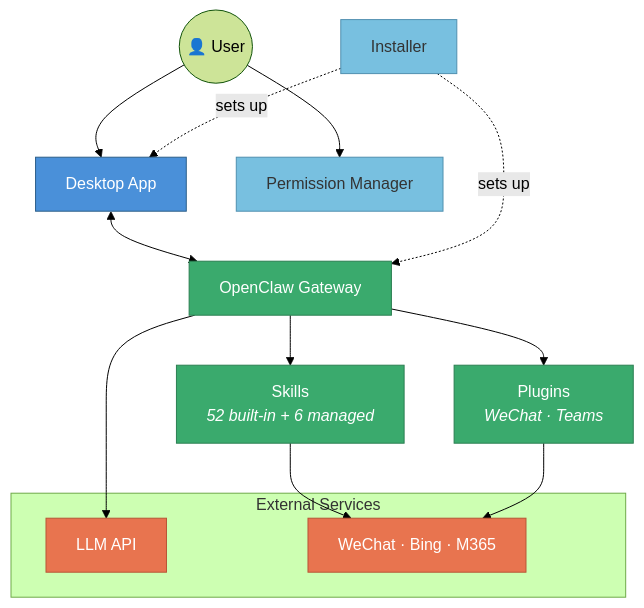
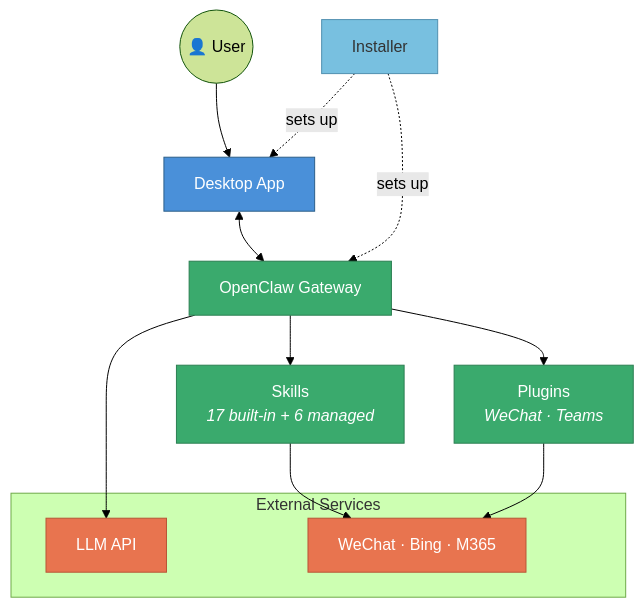
The diagram in README.md (microsofthackathons/MicroClaw), drawn with Mermaid (forest theme) before and after one commit. The commit also changed other lines of this file and 1 other file, not shown here.

````diff
--- a/README.md
+++ b/README.md
@@ -43,37 +43,35 @@
 ```mermaid
 graph TB
     User(("👤 User"))
 
     Desktop["Desktop App"]
     Gateway["OpenClaw Gateway"]
-    Skills["Skills<br/><i>52 built-in + 6 managed</i>"]
+    Skills["Skills<br/><i>17 built-in + 6 managed</i>"]
     Plugins["Plugins<br/><i>WeChat · Teams</i>"]
-    PermMgr["Permission Manager"]
     Installer["Installer"]
 
     subgraph External["External Services"]
         LLM["LLM API"]
         ThirdParty["WeChat · Bing · M365"]
     end
 
     User --> Desktop
-    User --> PermMgr
     Desktop <--> Gateway
     Gateway --> Skills
     Gateway --> Plugins
     Gateway --> LLM
     Skills --> ThirdParty
     Plugins --> ThirdParty
     Installer -.->|"sets up"| Desktop
     Installer -.->|"sets up"| Gateway
 
     classDef app fill:#4A90D9,stroke:#2C5F8A,color:#fff
     classDef gw fill:#3AAA6D,stroke:#2B7F52,color:#fff
     classDef ext fill:#E8744F,stroke:#B85636,color:#fff
     classDef tool fill:#78C0E0,stroke:#5090B0,color:#333
 
     class Desktop app
     class Gateway,Skills,Plugins gw
     class LLM,ThirdParty ext
-    class PermMgr,Installer tool
+    class Installer tool
 ```
````
